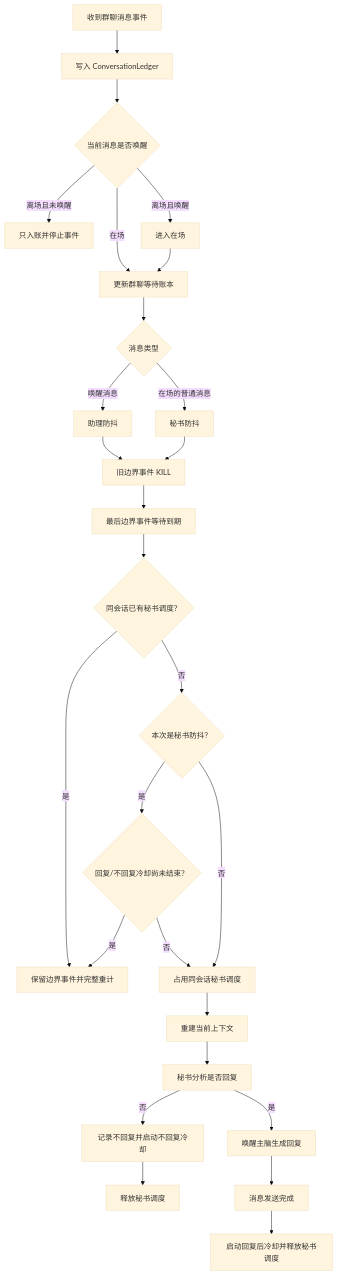
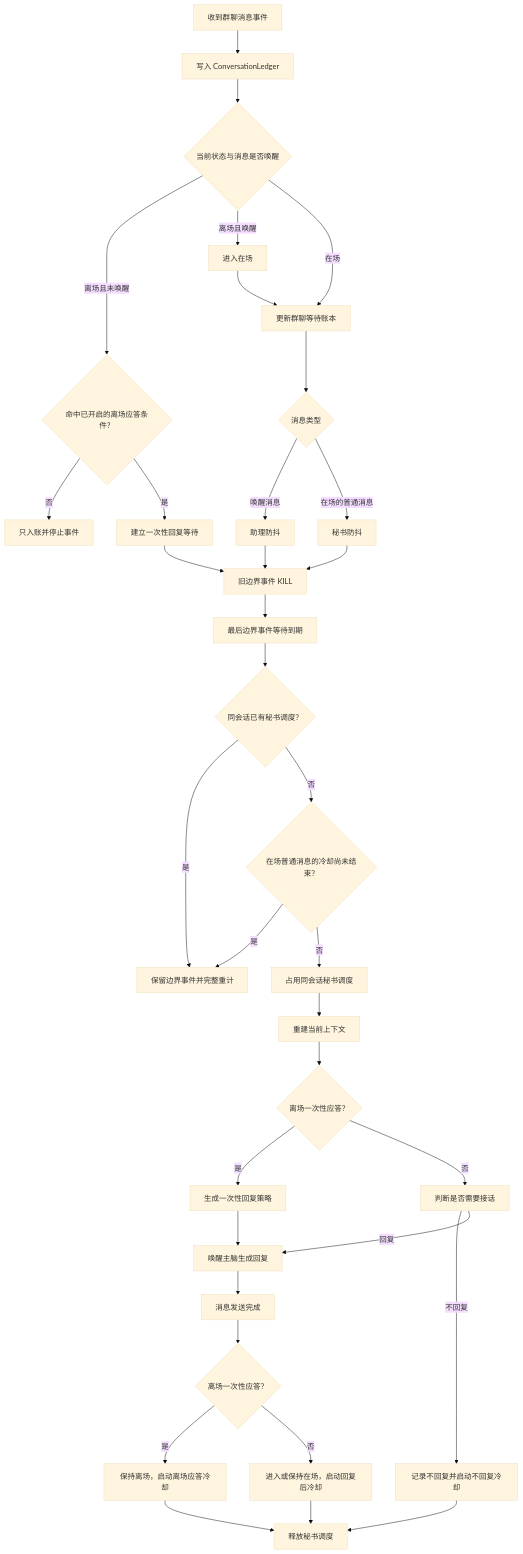
One commit to kawayiYokami/astrbot_plugin_angel_heart changed the diagram in docs/angelheart_workflow.md. Above: the diagram before and after it, drawn with Mermaid (base theme). The commit also changed other lines of this file and 12 other files, not shown here.

````diff
--- a/docs/angelheart_workflow.md
+++ b/docs/angelheart_workflow.md
@@ -24,29 +24,37 @@
 ```mermaid
 flowchart TD
     A[收到群聊消息事件] --> B[写入 ConversationLedger]
-    B --> C{当前消息是否唤醒}
-    C -->|离场且未唤醒| D[只入账并停止事件]
-    C -->|离场且唤醒| E[进入在场]
-    C -->|在场| F[更新群聊等待账本]
-    E --> F
-    F --> G{消息类型}
-    G -->|唤醒消息| H[助理防抖]
-    G -->|在场的普通消息| I[秘书防抖]
-    H --> J[旧边界事件 KILL]
-    I --> J
-    J --> K[最后边界事件等待到期]
-    K --> L{同会话已有秘书调度？}
-    L -->|是| M[保留边界事件并完整重计]
-    L -->|否| N{本次是秘书防抖？}
-    N -->|是| O{回复/不回复冷却尚未结束？}
-    O -->|是| M
-    O -->|否| P[占用同会话秘书调度]
-    N -->|否| P
-    P --> Q[重建当前上下文]
-    Q --> R[秘书分析是否回复]
-    R -->|否| S[记录不回复并启动不回复冷却]
-    R -->|是| T[唤醒主脑生成回复]
-    S --> U[释放秘书调度]
-    T --> V[消息发送完成]
-    V --> W[启动回复后冷却并释放秘书调度]
+    B --> C{当前状态与消息是否唤醒}
+    C -->|离场且未唤醒| D{命中已开启的离场应答条件？}
+    D -->|否| E[只入账并停止事件]
+    D -->|是| F[建立一次性回复等待]
+    C -->|离场且唤醒| G[进入在场]
+    C -->|在场| H[更新群聊等待账本]
+    G --> H
+    H --> I{消息类型}
+    I -->|唤醒消息| J[助理防抖]
+    I -->|在场的普通消息| K[秘书防抖]
+    J --> L[旧边界事件 KILL]
+    K --> L
+    F --> L
+    L --> M[最后边界事件等待到期]
+    M --> N{同会话已有秘书调度？}
+    N -->|是| O[保留边界事件并完整重计]
+    N -->|否| P{在场普通消息的冷却尚未结束？}
+    P -->|是| O
+    P -->|否| Q[占用同会话秘书调度]
+    Q --> R[重建当前上下文]
+    R --> S{离场一次性应答？}
+    S -->|是| T[生成一次性回复策略]
+    S -->|否| U[判断是否需要接话]
+    U -->|不回复| V[记录不回复并启动不回复冷却]
+    T --> W[唤醒主脑生成回复]
+    U -->|回复| W
+    V --> X[释放秘书调度]
+    W --> Y[消息发送完成]
+    Y --> Z{离场一次性应答？}
+    Z -->|是| AA[保持离场，启动离场应答冷却]
+    Z -->|否| AB[进入或保持在场，启动回复后冷却]
+    AA --> X
+    AB --> X
 ```
````
